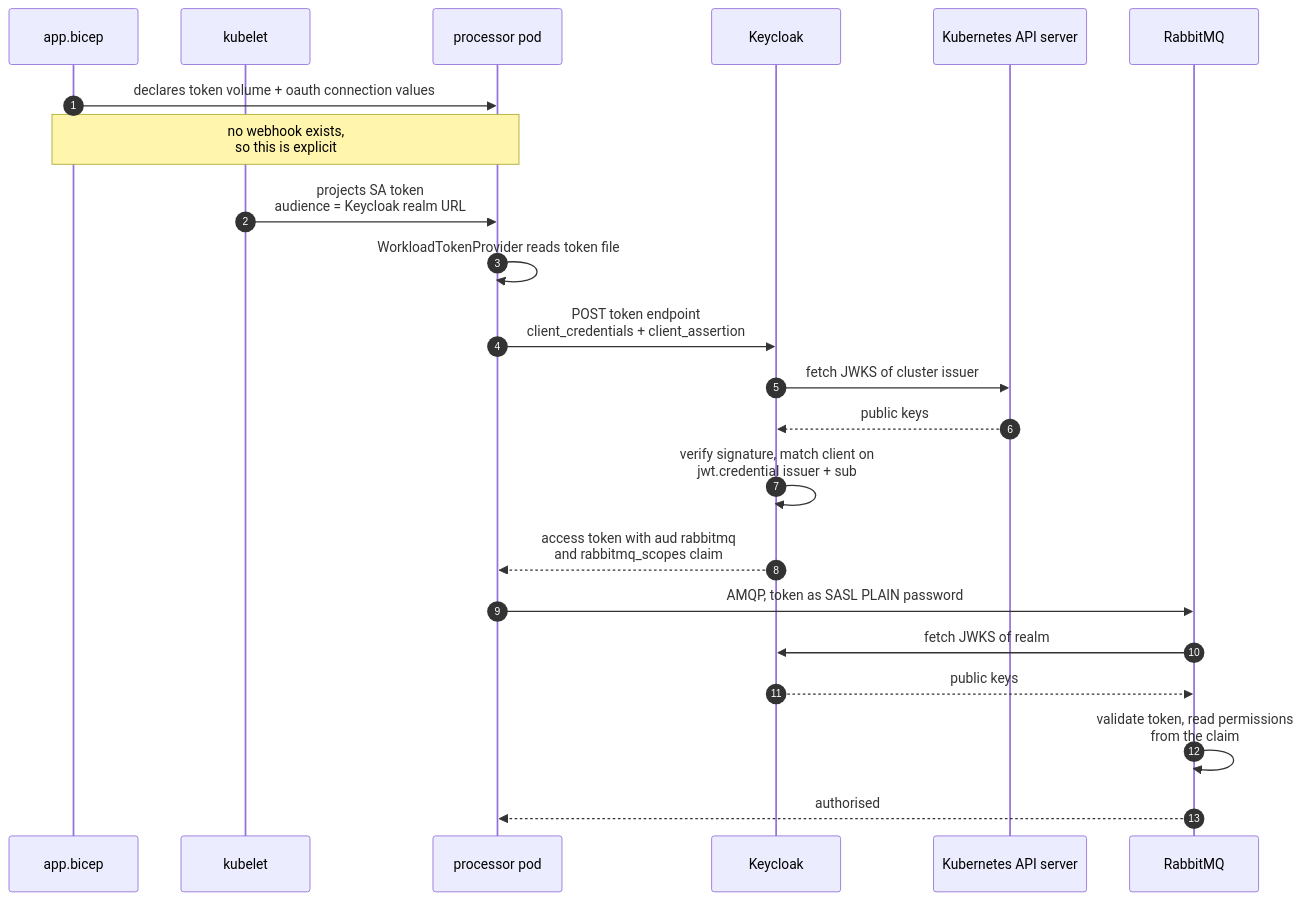
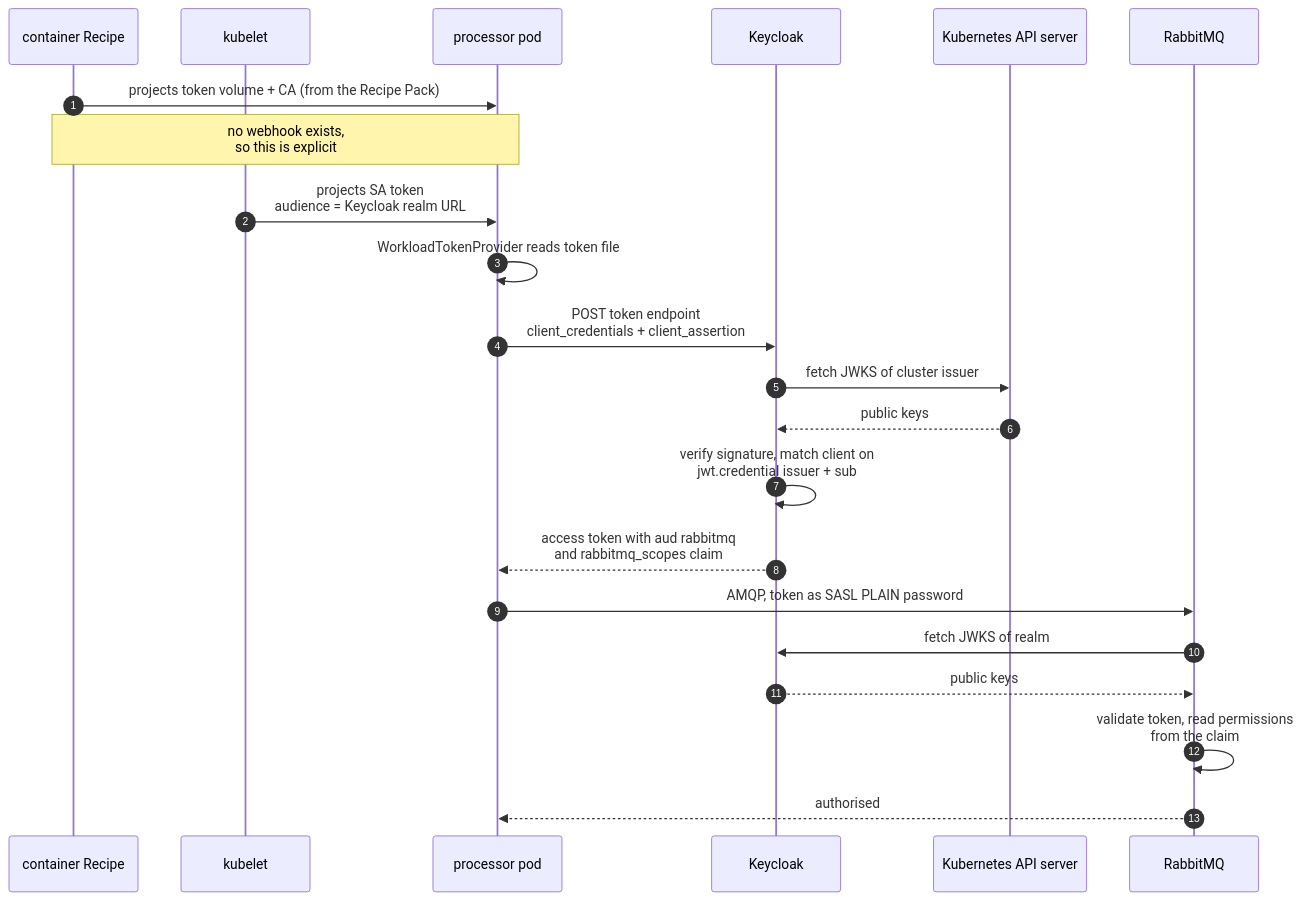
Before and after one commit to Azure-Samples/portability-patterns-library: the second of 4 diagrams in samples/OrderManagementApp/docs/workload-identity.md, drawn with Mermaid. The commit also changed other lines of this file and 26 other files, not shown here.

First line of the commit message:
Make app.bicep identical on Azure and Azure Local

````diff
--- a/samples/OrderManagementApp/docs/workload-identity.md
+++ b/samples/OrderManagementApp/docs/workload-identity.md
@@ -175,28 +175,28 @@
 ```mermaid
 sequenceDiagram
     autonumber
-    participant BIC as app.bicep
+    participant BIC as container Recipe
     participant KL as kubelet
     participant POD as processor pod
     participant KC as Keycloak
     participant API as Kubernetes API server
     participant RMQ as RabbitMQ
 
-    BIC->>POD: declares token volume + oauth connection values
+    BIC->>POD: projects token volume + CA (from the Recipe Pack)
     Note over BIC,POD: no webhook exists,<br/>so this is explicit
 
     KL->>POD: projects SA token<br/>audience = Keycloak realm URL
 
     POD->>POD: WorkloadTokenProvider reads token file
     POD->>KC: POST token endpoint<br/>client_credentials + client_assertion
     KC->>API: fetch JWKS of cluster issuer
     API-->>KC: public keys
     KC->>KC: verify signature, match client on<br/>jwt.credential issuer + sub
     KC-->>POD: access token with aud rabbitmq<br/>and rabbitmq_scopes claim
 
     POD->>RMQ: AMQP, token as SASL PLAIN password
     RMQ->>KC: fetch JWKS of realm
     KC-->>RMQ: public keys
     RMQ->>RMQ: validate token, read permissions<br/>from the claim
     RMQ-->>POD: authorised
 ```
````
